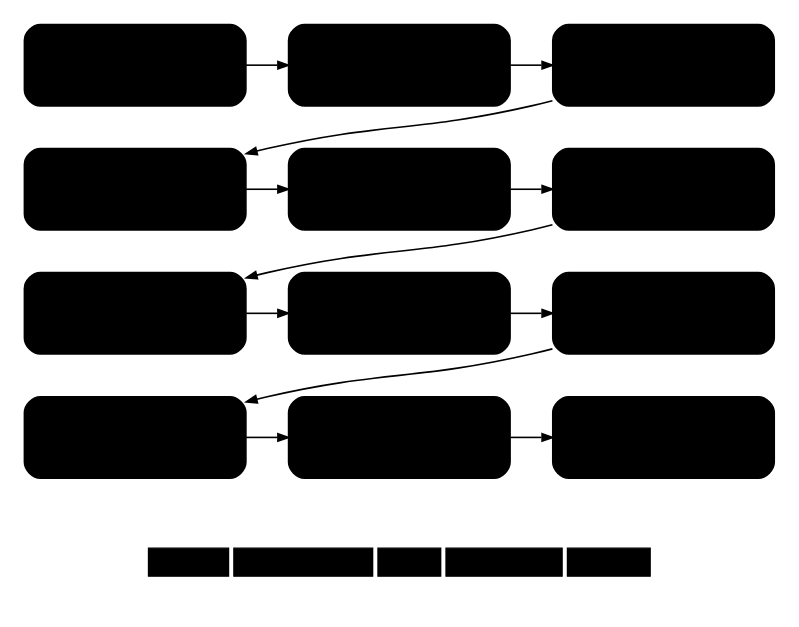
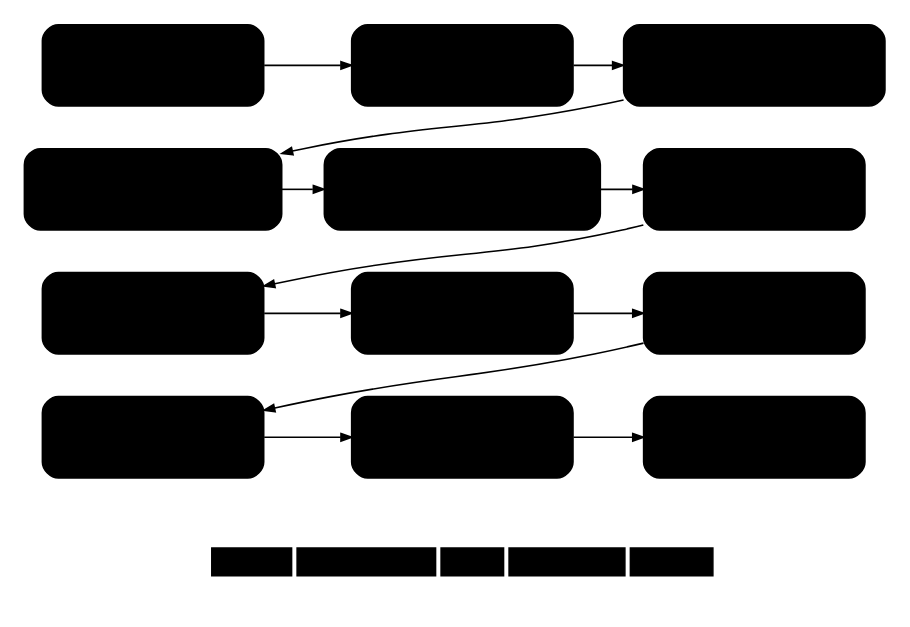
The diagram in docs/deliverables/src/frs/figures/brd13_cutover_timeline.dot (IortaTexhNXT-DEV/FinVerse), drawn with Graphviz before and after one commit. The commit also changed 94 other files, not shown here.

First line of the commit message:
Reword documents for seed data, SIT/UAT users and the CI pipeline

```diff
--- a/docs/deliverables/src/frs/figures/brd13_cutover_timeline.dot
+++ b/docs/deliverables/src/frs/figures/brd13_cutover_timeline.dot
@@ -1,52 +1,52 @@
 // BRD-13 Data Migration: migration calendar on the BDOI timeline (FRS section 2.4; BRID 12.1).
 // Go-live January 2028 (recommended Monday 3 January 2028, at the year-end boundary). Colour tokens are replaced by tools/deliverables before
 // rendering. Four rows of three, read left to right.
 digraph dm_cutover {
   graph [rankdir=TB, fontname="Arial", nodesep=0.45, ranksep=0.45, bgcolor="white", pad=0.15, newrank=true];
   node  [shape=box, style="rounded,filled", color="@HEADER_BLUE", penwidth=1.2, fontname="Arial",
          fontsize=12, fontcolor="@NEAR_BLACK", width=2.3, height=0.85, margin="0.12,0.06", fillcolor="@BG_BLUE"];
   edge  [color="@HEADER_BLUE", arrowsize=0.8, penwidth=1.2];
 
   a1 [label=<<b>Sep-Oct 2026</b><br/><font point-size="10">object decisions (G1),<br/>layouts, code map owners</font>>];
-  a2 [label=<<b>Nov 2026-Mar 2027</b><br/><font point-size="10">build in mock order;<br/>first extracts, profiling</font>>];
-  a3 [label=<<b>Apr 2027: Mock 1 (SIT)</b><br/><font point-size="10">reference data and clients<br/>first; headers, RA file</font>>, fillcolor="@DIRTY_WHITE"];
+  a2 [label=<<b>Nov 2026-Mar 2027</b><br/><font point-size="10">build in trial-migration order;<br/>first extracts, profiling</font>>];
+  a3 [label=<<b>Apr 2027: Trial migration 1 (SIT)</b><br/><font point-size="10">reference data and clients<br/>first; headers, RA file</font>>, fillcolor="@DIRTY_WHITE"];
 
-  b1 [label=<<b>Jul 2027: Mock 2 (SIT)</b><br/><font point-size="10">all objects end to end,<br/>reconciliation L1-L5</font>>, fillcolor="@DIRTY_WHITE"];
-  b2 [label=<<b>Aug and Oct 2027</b><br/><font point-size="10">Mock 3 UAT load, Mock 4<br/>UAT refresh (timed)</font>>, fillcolor="@DIRTY_WHITE"];
+  b1 [label=<<b>Jul 2027: Trial migration 2 (SIT)</b><br/><font point-size="10">all objects end to end,<br/>reconciliation L1-L5</font>>, fillcolor="@DIRTY_WHITE"];
+  b2 [label=<<b>Aug and Oct 2027</b><br/><font point-size="10">Trial migration 3 UAT load, Trial migration 4<br/>UAT refresh (timed)</font>>, fillcolor="@DIRTY_WHITE"];
   b3 [label=<<b>Nov 2027</b><br/><font point-size="10">dress rehearsal, timed,<br/>rollback rehearsed</font>>, fillcolor="@DIRTY_WHITE"];
 
   c1 [label=<<b>20 Dec 2027 (T-14)</b><br/><font point-size="10">production pre-load:<br/>reference, clients, deltas</font>>, fillcolor="@AMBER_BG"];
   c2 [label=<<b>27 Dec 2027 (T-7)</b><br/><font point-size="10">code map freeze,<br/>reference change freeze</font>>, fillcolor="@AMBER_BG"];
   c3 [label=<<b>31 Dec 2027 (T-3)</b><br/><font point-size="10">legacy EOD, freeze; legacy<br/>GL for FY2027 only</font>>, fillcolor="@YELLOW"];
 
   d1 [label=<<b>1 Jan 2028 (T-2)</b><br/><font point-size="10">final extracts, snapshot,<br/>loads, provisional GL</font>>, fillcolor="@YELLOW"];
   d2 [label=<<b>2 Jan 2028 (T-1)</b><br/><font point-size="10">reconciliation, sign-offs,<br/>go / no-go 18:00</font>>, fillcolor="@YELLOW"];
   d3 [label=<<b>3 Jan 2028 (T) and after</b><br/><font point-size="10">go-live, hypercare,<br/>true-ups to Apr 2028</font>>, fillcolor="@SUCCESS_BG", color="@SUCCESS"];
 
   { rank=same; a1; a2; a3; }
   { rank=same; b1; b2; b3; }
   { rank=same; c1; c2; c3; }
   { rank=same; d1; d2; d3; }
   a1 -> a2 -> a3;
   b1 -> b2 -> b3;
   c1 -> c2 -> c3;
   d1 -> d2 -> d3;
   a1 -> b1 -> c1 -> d1 [style=invis, weight=10];
   a2 -> b2 -> c2 -> d2 [style=invis, weight=10];
   a3 -> b3 -> c3 -> d3 [style=invis, weight=10];
   a3 -> b1 [constraint=false];
   b3 -> c1 [constraint=false];
   c3 -> d1 [constraint=false];
 
   legend [shape=plaintext, style="", label=<
     <table border="0" cellborder="1" cellspacing="4" cellpadding="4">
       <tr>
         <td bgcolor="@BG_BLUE" color="@HEADER_BLUE"><font point-size="10">Preparation</font></td>
         <td bgcolor="@DIRTY_WHITE" color="@HEADER_BLUE"><font point-size="10">Rehearsals (masked)</font></td>
         <td bgcolor="@AMBER_BG" color="@HEADER_BLUE"><font point-size="10">Pre-load</font></td>
         <td bgcolor="@YELLOW" color="@HEADER_BLUE"><font point-size="10">Cutover weekend</font></td>
         <td bgcolor="@SUCCESS_BG" color="@SUCCESS"><font point-size="10">Live, run-off</font></td>
       </tr>
     </table>>];
   d2 -> legend [style=invis];
 }
```
